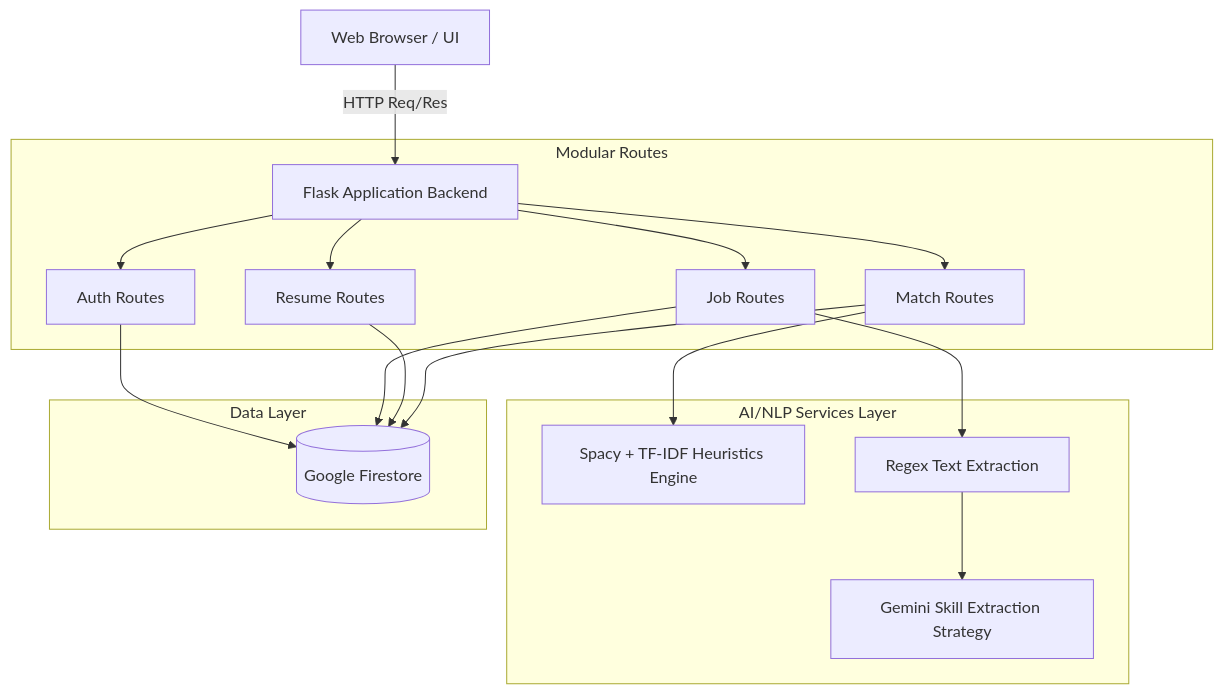
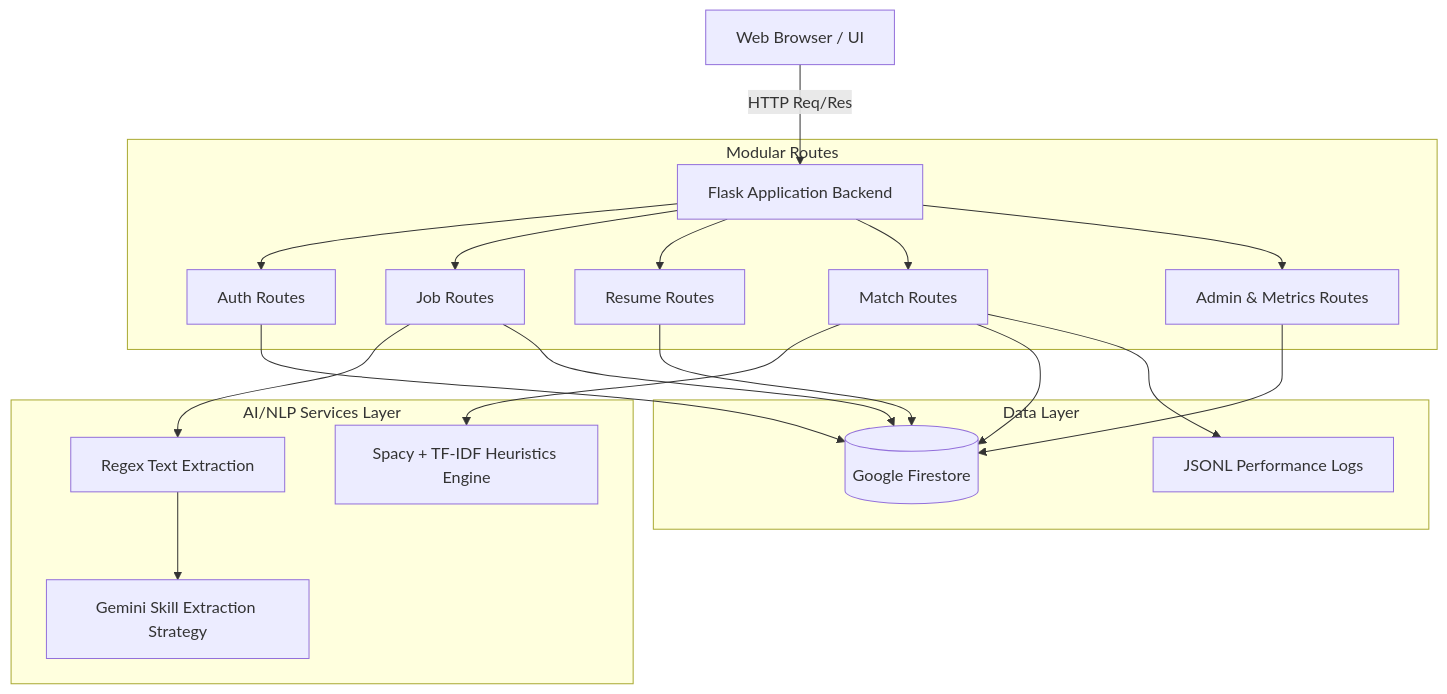
The first of 2 diagrams in ARCHITECTURE.md (krishnagupta2107/MiniProject_4thSem), drawn with Mermaid before and after one commit. The commit also changed other lines of this file and 7 other files, not shown here.

````diff
--- a/ARCHITECTURE.md
+++ b/ARCHITECTURE.md
@@ -7,24 +7,27 @@
 ```mermaid
 graph TD
     Client[Web Browser / UI] --> |HTTP Req/Res| Flask[Flask Application Backend]
     
     subgraph Modular Routes
         Flask --> Auth[Auth Routes]
         Flask --> Jobs[Job Routes]
         Flask --> Resumes[Resume Routes]
         Flask --> Matcher[Match Routes]
+        Flask --> Admin[Admin & Metrics Routes]
     end
     
     subgraph AI/NLP Services Layer
         Matcher --> CoreNLP[Spacy + TF-IDF Heuristics Engine]
         Jobs --> BaseParser[Regex Text Extraction]
         BaseParser --> GeminiApp[Gemini Skill Extraction Strategy]
     end
     
     subgraph Data Layer
         Auth --> Firestore[(Google Firestore)]
         Jobs --> Firestore
         Resumes --> Firestore
         Matcher --> Firestore
+        Admin --> Firestore
+        Matcher --> LifecycleLogs[JSONL Performance Logs]
     end
 ```
````
